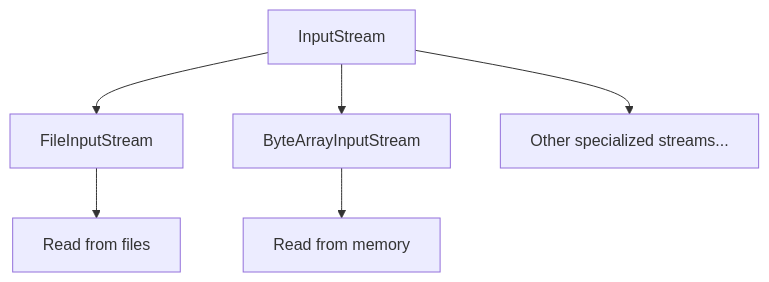
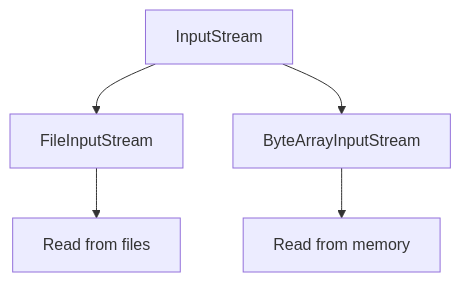
The third of 6 diagrams in README.md (DanielCreggOrganization/w6-lab-i-o-zainabajiboye), drawn with Mermaid before and after one commit.

````diff
--- a/README.md
+++ b/README.md
@@ -119,8 +119,7 @@
 ```mermaid
 graph TD
     A[InputStream] --> B[FileInputStream]
     A --> C[ByteArrayInputStream]
-    A --> D[Other specialized streams...]
     B --> E[Read from files]
     C --> F[Read from memory]
 ```
````
